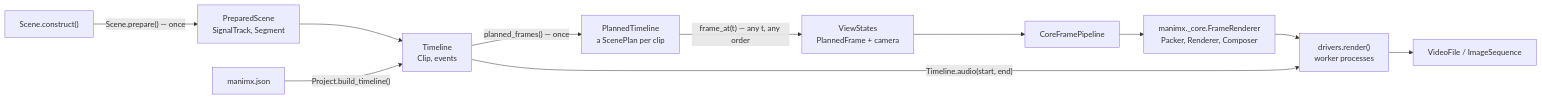
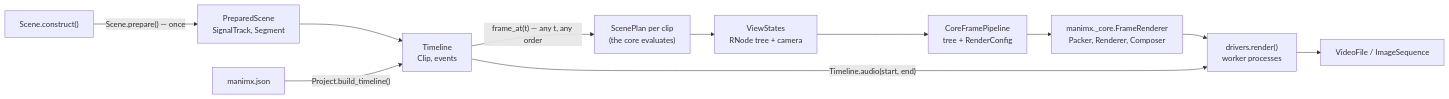
The first of 8 diagrams in manimx/ARCHITECTURE.md (MrDiver/manim), drawn with Mermaid before and after one commit. The commit also changed other lines of this file and 110 other files, not shown here.

````diff
--- a/manimx/ARCHITECTURE.md
+++ b/manimx/ARCHITECTURE.md
@@ -68,13 +69,13 @@
 ```mermaid
 flowchart LR
     Code["Scene.construct()"] -->|"Scene.prepare() — once"| PS["PreparedScene<br/>SignalTrack, Segment"]
     PS --> TL["Timeline<br/>Clip, events"]
     Proj["manimx.json"] -->|"Project.build_timeline()"| TL
-    TL -->|"planned_frames() — once"| PT["PlannedTimeline<br/>a ScenePlan per clip"]
-    PT -->|"frame_at(t) — any t, any order"| V["ViewStates<br/>PlannedFrame + camera"]
-    V --> CP["CoreFramePipeline"]
+    TL -->|"frame_at(t) — any t, any order"| Plan["ScenePlan per clip<br/>(the core evaluates)"]
+    Plan --> V["ViewStates<br/>RNode tree + camera"]
+    V --> CP["CoreFramePipeline<br/>tree + RenderConfig"]
     CP --> Core["manimx._core.FrameRenderer<br/>Packer, Renderer, Composer"]
     Core --> D["drivers.render()<br/>worker processes"]
     D --> Out["VideoFile / ImageSequence"]
     TL -->|"Timeline.audio(start, end)"| D
 ```
````
